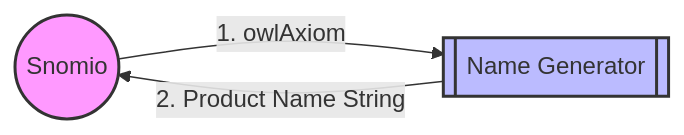
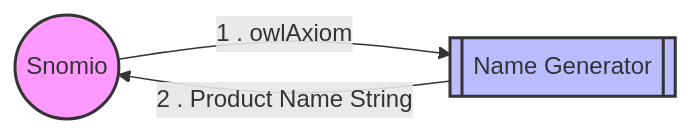
One commit to AuDigitalHealth/lingo changed the second of 6 diagrams in docs/design/integration-points.md. Above: the diagram before and after it, drawn with Mermaid. The commit also changed other lines of this file, not shown here.

````diff
--- a/docs/design/integration-points.md
+++ b/docs/design/integration-points.md
@@ -61,11 +60,9 @@
 ```mermaid
 graph LR
     Snomio((Snomio))
     NameGenerator[[Name Generator]]
-    
-    Snomio -->|1. owlAxiom| NameGenerator
-    NameGenerator -->|2. Product Name String| Snomio
-    
-    style Snomio fill:#f9f,stroke:#333,stroke-width:2px
-    style NameGenerator fill:#bbf,stroke:#333,stroke-width:2px
+    Snomio -->|1 . owlAxiom| NameGenerator
+    NameGenerator -->|2 . Product Name String| Snomio
+    style Snomio fill: #f9f, stroke: #333, stroke-width: 2px
+    style NameGenerator fill: #bbf, stroke: #333, stroke-width: 2px
 ```
````
